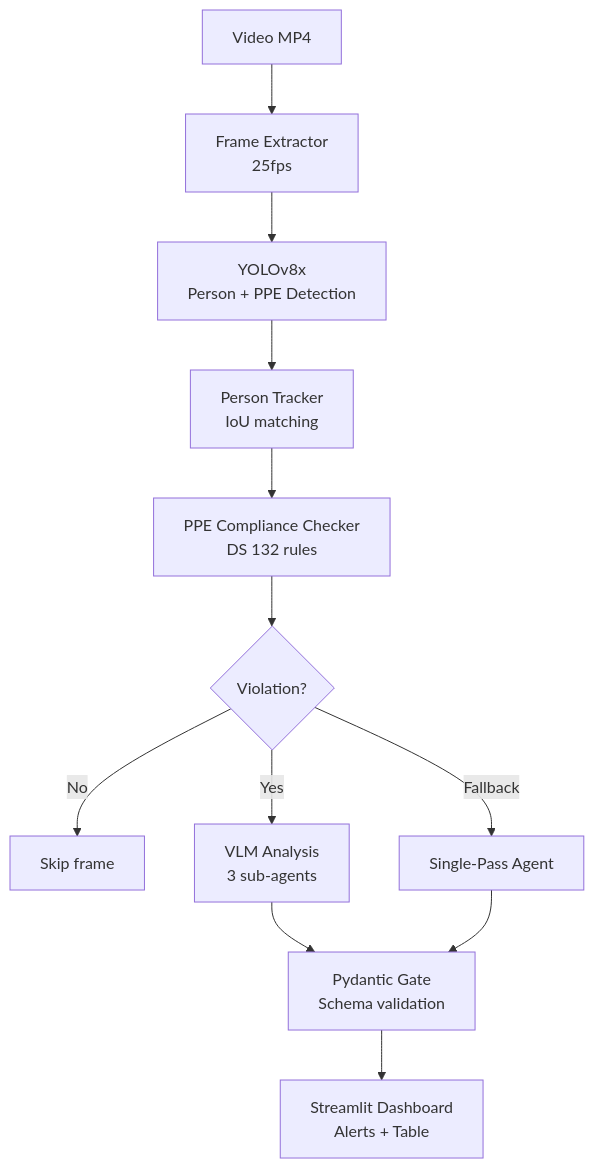
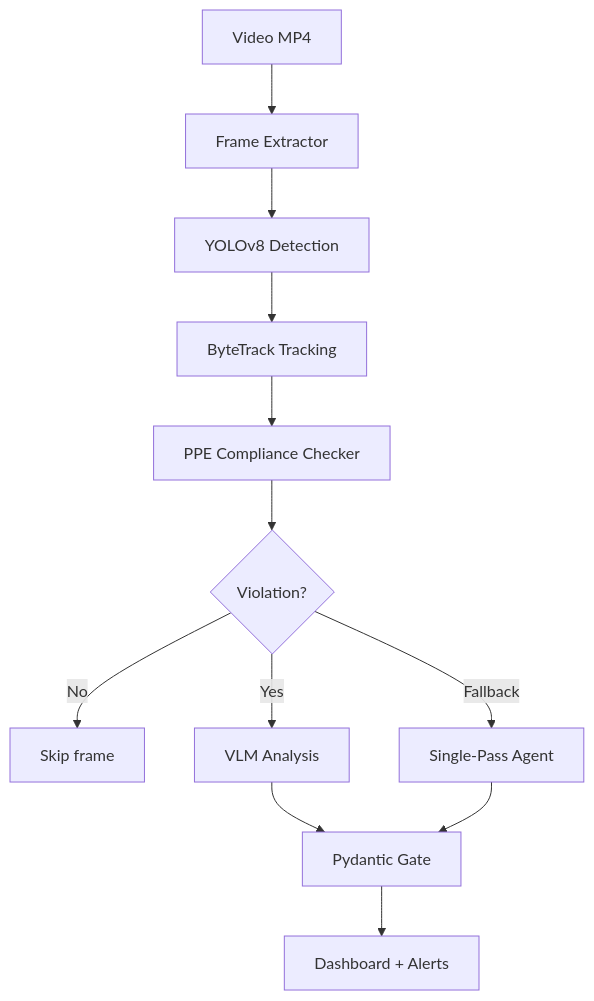
Before and after one commit to yechua-silva/munin: the diagram in README.md, drawn with Mermaid. The commit also changed other lines of this file, not shown here.

Commit message:
docs: professional README + roadmap, updated .env.example, clean gitignore

````diff
--- a/README.md
+++ b/README.md
@@ -22,14 +27,14 @@
 ```mermaid
 flowchart TB
-    A[Video MP4] --> B[Frame Extractor<br>25fps]
-    B --> C[YOLOv8x<br>Person + PPE Detection]
-    C --> D[Person Tracker<br>IoU matching]
-    D --> E[PPE Compliance Checker<br>DS 132 rules]
+    A[Video MP4] --> B[Frame Extractor]
+    B --> C[YOLOv8 Detection]
+    C --> D[ByteTrack Tracking]
+    D --> E[PPE Compliance Checker]
     E --> F{Violation?}
     F -->|No| G[Skip frame]
-    F -->|Yes| H[VLM Analysis<br>3 sub-agents]
-    H --> I[Pydantic Gate<br>Schema validation]
-    I --> J[Streamlit Dashboard<br>Alerts + Table]
+    F -->|Yes| H[VLM Analysis]
+    H --> I[Pydantic Gate]
+    I --> J[Dashboard + Alerts]
     F -->|Fallback| K[Single-Pass Agent]
     K --> I
 ```
````
